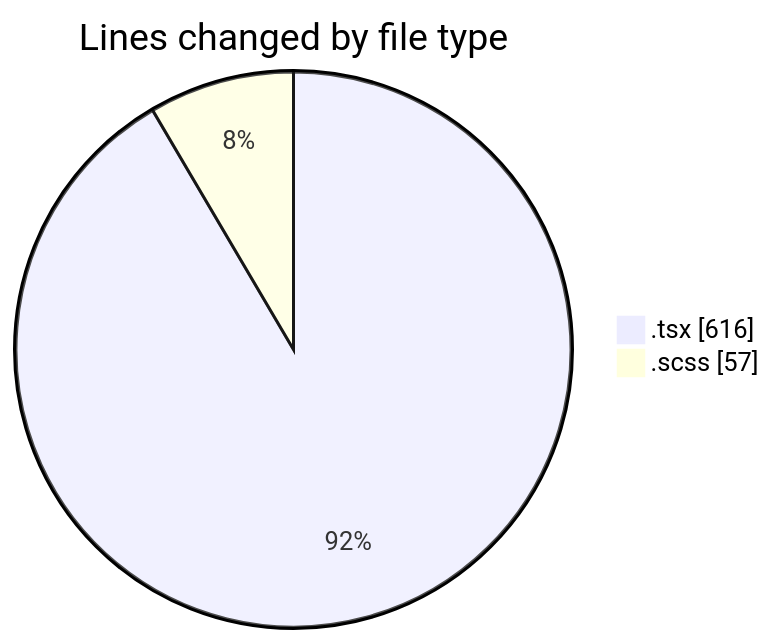
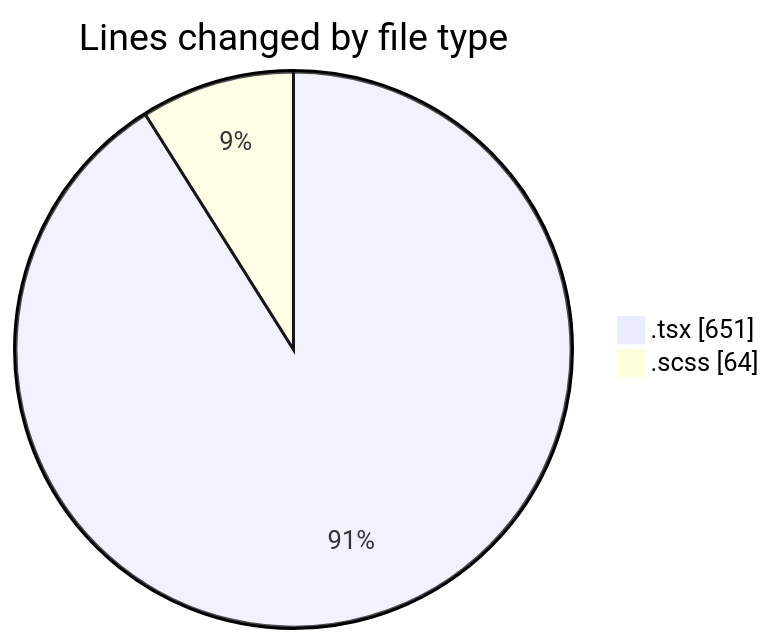
Before and after one commit to momahboobian/code-tracking: the first of 2 diagrams in 2025-04-10/cda/README.md, drawn with Mermaid. The commit also changed other lines of this file and 1 other file, not shown here.

````diff
--- a/2025-04-10/cda/README.md
+++ b/2025-04-10/cda/README.md
@@ -22,6 +22,6 @@
 ```mermaid
 pie showData
 title Lines changed by file type
-".tsx" : 616
-".scss" : 57
+".tsx" : 651
+".scss" : 64
 ```
````
